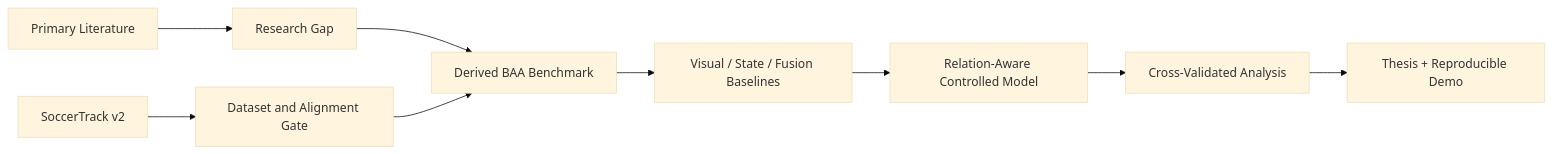
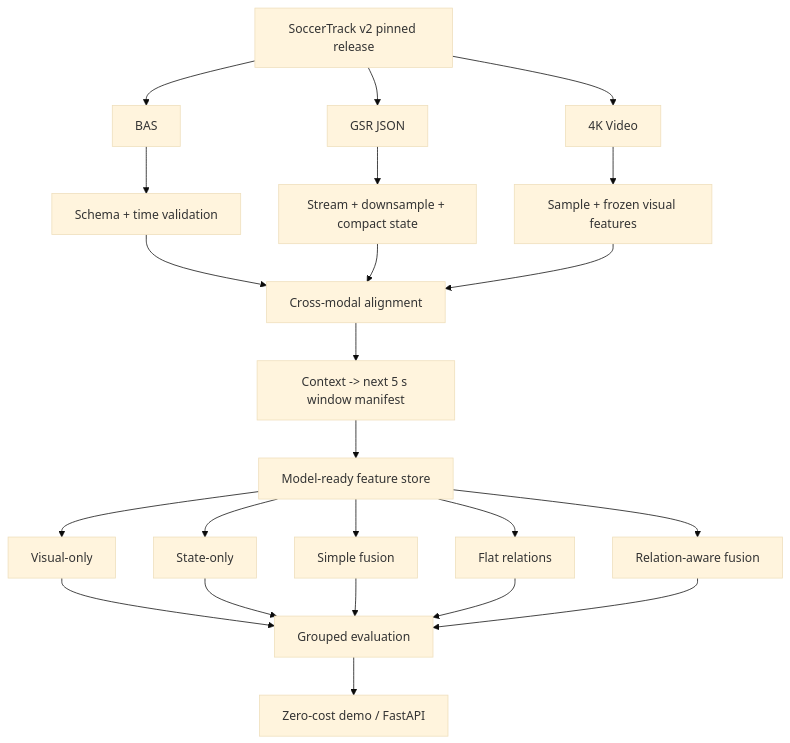
One commit to Disa44ay/Thesis_Research_Project changed the diagram in 18_version_history/README_BEFORE_RELEASE_RECONSTRUCTION.md. Above: the diagram before and after it, drawn with Mermaid (base theme). The commit also changed other lines of this file and 37 other files, not shown here.

Commit message:
feat: add Thesis Research Project Release 04 execution ready proposal and feasibility

````diff
--- a/18_version_history/README_BEFORE_RELEASE_RECONSTRUCTION.md
+++ b/18_version_history/README_BEFORE_RELEASE_RECONSTRUCTION.md
@@ -41,11 +45,25 @@
 ```mermaid
-flowchart LR
-    L[Primary Literature] --> G[Research Gap]
-    D[SoccerTrack v2] --> V[Dataset and Alignment Gate]
-    G --> B[Derived BAA Benchmark]
-    V --> B
-    B --> E[Visual / State / Fusion Baselines]
-    E --> R[Relation-Aware Controlled Model]
-    R --> A[Cross-Validated Analysis]
-    A --> P[Thesis + Reproducible Demo]
+flowchart TD
+    ST[SoccerTrack v2 pinned release] --> BAS[BAS]
+    ST --> GSR[GSR JSON]
+    ST --> VID[4K Video]
+    BAS --> VAL[Schema + time validation]
+    GSR --> STREAM[Stream + downsample + compact state]
+    VID --> FEAT[Sample + frozen visual features]
+    VAL --> ALIGN[Cross-modal alignment]
+    STREAM --> ALIGN
+    FEAT --> ALIGN
+    ALIGN --> WIN[Context -> next 5 s window manifest]
+    WIN --> M[Model-ready feature store]
+    M --> B1[Visual-only]
+    M --> B2[State-only]
+    M --> B3[Simple fusion]
+    M --> B4[Flat relations]
+    M --> B5[Relation-aware fusion]
+    B1 --> E[Grouped evaluation]
+    B2 --> E
+    B3 --> E
+    B4 --> E
+    B5 --> E
+    E --> API[Zero-cost demo / FastAPI]
 ```
````
